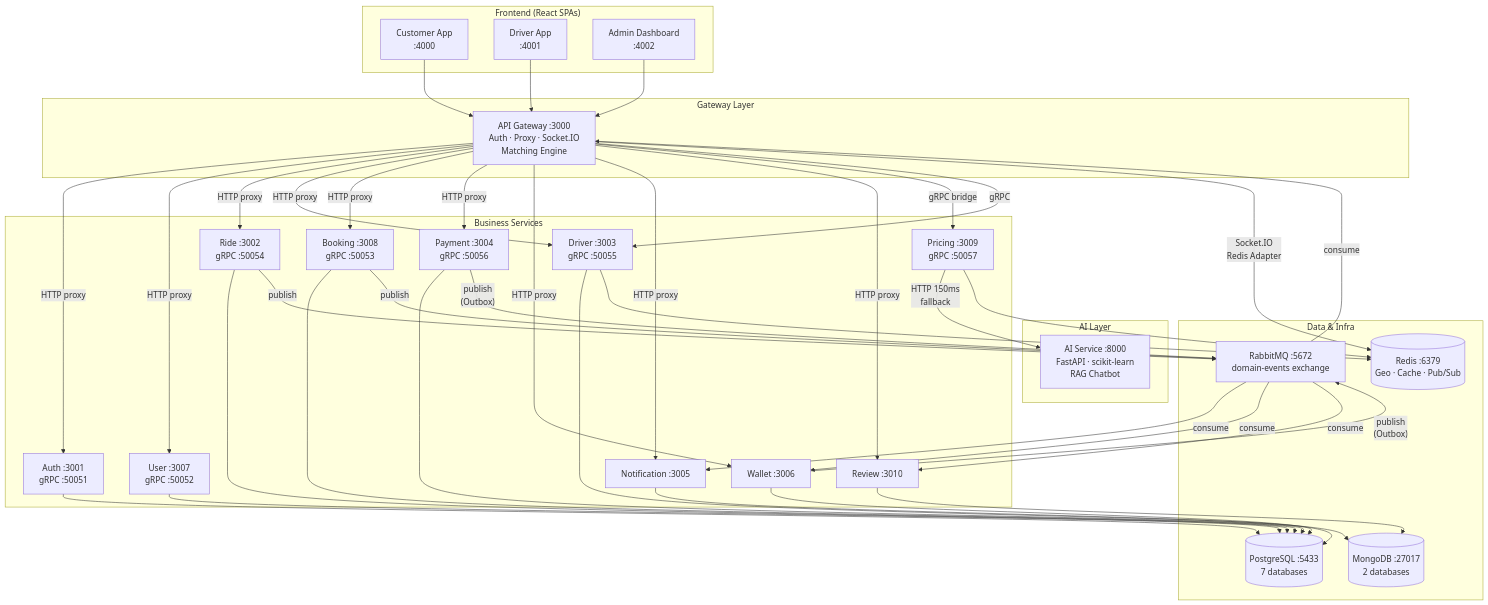
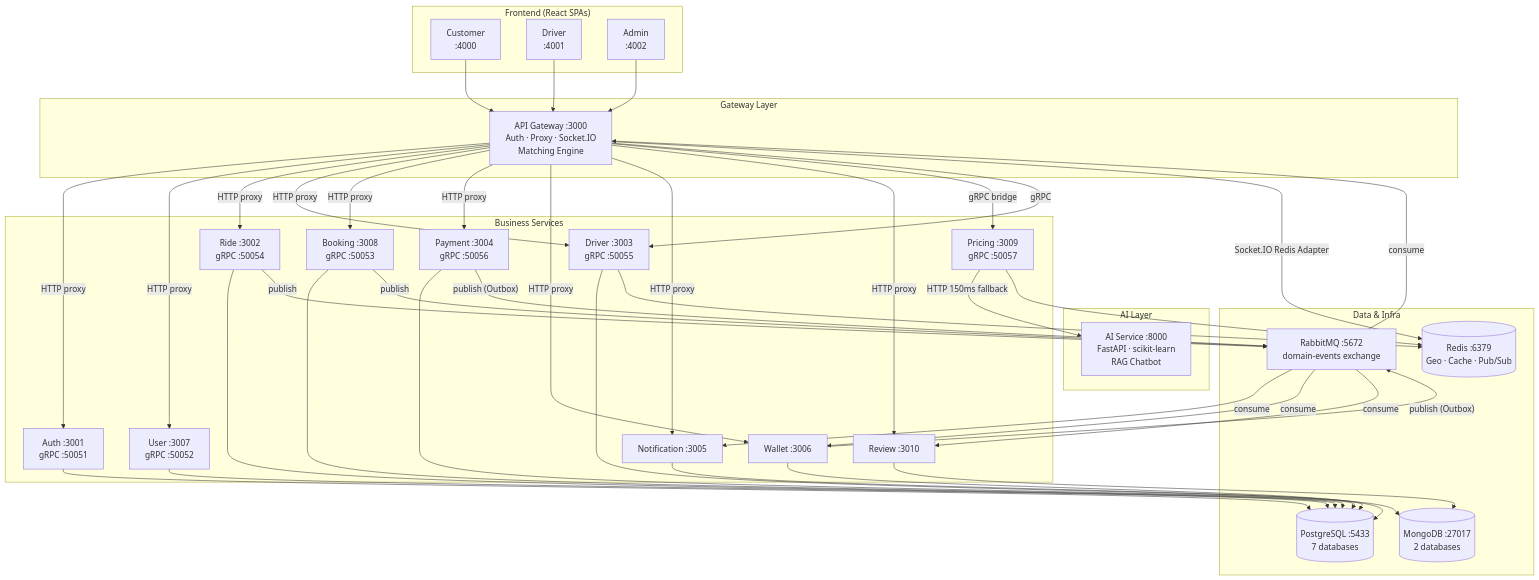
The second of 7 diagrams in README.md (foxxiee04/Cab-Booking-System-Project), drawn with Mermaid before and after one commit. The commit also changed other lines of this file and 3 other files, not shown here.

````diff
--- a/README.md
+++ b/README.md
@@ -372,56 +286,53 @@
 ```mermaid
 graph TB
     subgraph Frontend ["Frontend (React SPAs)"]
-        Customer["Customer App\n:4000"]
-        Driver["Driver App\n:4001"]
-        Admin["Admin Dashboard\n:4002"]
+        Customer["Customer\n:4000"]
+        Driver["Driver\n:4001"]
+        Admin["Admin\n:4002"]
     end
 
     subgraph Gateway ["Gateway Layer"]
         APIGW["API Gateway :3000\nAuth · Proxy · Socket.IO\nMatching Engine"]
     end
 
     subgraph BusinessServices ["Business Services"]
         Auth["Auth :3001\ngRPC :50051"]
         User["User :3007\ngRPC :50052"]
         Booking["Booking :3008\ngRPC :50053"]
         Ride["Ride :3002\ngRPC :50054"]
         DriverSvc["Driver :3003\ngRPC :50055"]
         Payment["Payment :3004\ngRPC :50056"]
         Pricing["Pricing :3009\ngRPC :50057"]
         Wallet["Wallet :3006"]
         Notification["Notification :3005"]
         Review["Review :3010"]
     end
 
     subgraph AILayer ["AI Layer"]
         AI["AI Service :8000\nFastAPI · scikit-learn\nRAG Chatbot"]
     end
 
     subgraph DataLayer ["Data & Infra"]
         PG[("PostgreSQL :5433\n7 databases")]
         Mongo[("MongoDB :27017\n2 databases")]
         Redis[("Redis :6379\nGeo · Cache · Pub/Sub")]
         Rabbit["RabbitMQ :5672\ndomain-events exchange"]
     end
 
     Customer & Driver & Admin --> APIGW
-
     APIGW -- "HTTP proxy" --> Auth & User & Ride & DriverSvc
     APIGW -- "HTTP proxy" --> Booking & Payment & Wallet & Notification & Review
     APIGW -- "gRPC bridge" --> Pricing
     APIGW -- "gRPC" --> DriverSvc
-
-    Pricing -- "HTTP 150ms\nfallback" --> AI
+    Pricing -- "HTTP 150ms fallback" --> AI
 
     Auth & User & Ride & DriverSvc --> PG
     Booking & Payment & Wallet --> PG
     Notification --> Mongo
     Review --> Mongo
     DriverSvc & Pricing --> Redis
-    APIGW -- "Socket.IO\nRedis Adapter" --> Redis
-
+    APIGW -- "Socket.IO Redis Adapter" --> Redis
     Ride & Booking -- "publish" --> Rabbit
-    Payment & Wallet -- "publish\n(Outbox)" --> Rabbit
+    Payment & Wallet -- "publish (Outbox)" --> Rabbit
     Rabbit -- "consume" --> APIGW & Notification & Wallet & Review
 ```
````
